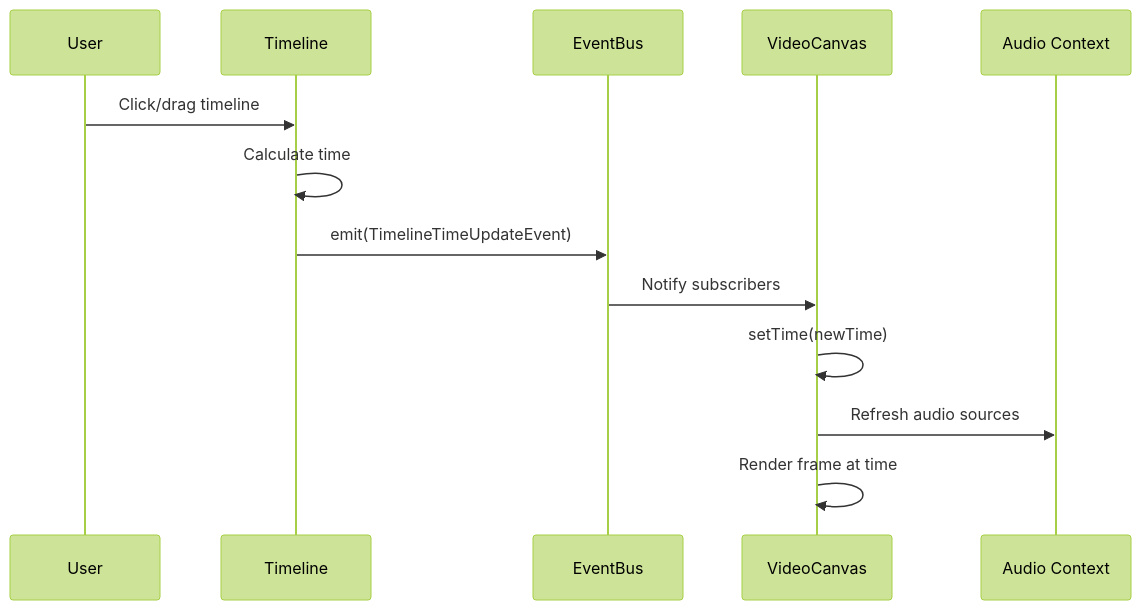
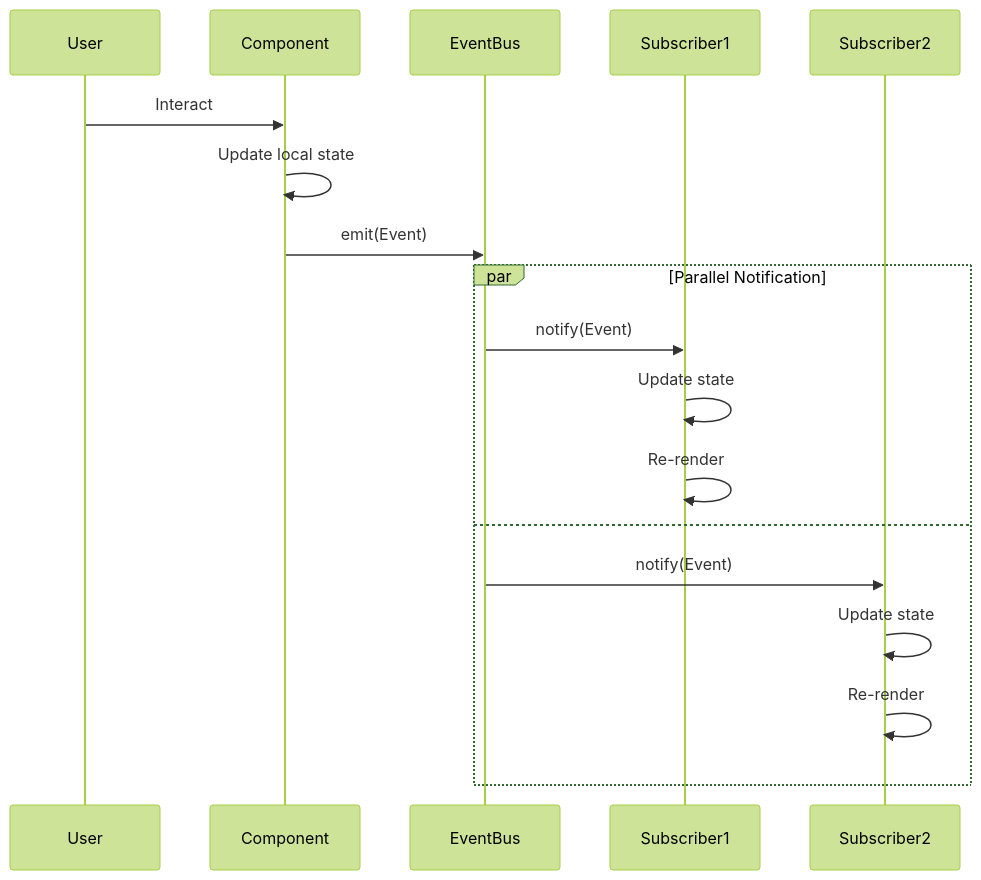
Before and after one commit to apssouza22/web-video-edit: the first of 3 diagrams in docs/architecture/03-event-system.md, drawn with Mermaid (forest theme). The commit also changed other lines of this file and 10 other files, not shown here.

Commit message:
Update architecture diagrams

````diff
--- a/docs/architecture/03-event-system.md
+++ b/docs/architecture/03-event-system.md
@@ -346,16 +244,22 @@
 ```mermaid
 sequenceDiagram
     participant User
-    participant Timeline
+    participant Component
     participant EventBus
-    participant Player as VideoCanvas
-    participant Audio as Audio Context
+    participant Subscriber1
+    participant Subscriber2
 
-    User->>Timeline: Click/drag timeline
-    Timeline->>Timeline: Calculate time
-    Timeline->>EventBus: emit(TimelineTimeUpdateEvent)
-    EventBus->>Player: Notify subscribers
-    Player->>Player: setTime(newTime)
-    Player->>Audio: Refresh audio sources
-    Player->>Player: Render frame at time
+    User->>Component: Interact
+    Component->>Component: Update local state
+    Component->>EventBus: emit(Event)
+    
+    par Parallel Notification
+        EventBus->>Subscriber1: notify(Event)
+        Subscriber1->>Subscriber1: Update state
+        Subscriber1->>Subscriber1: Re-render
+    and
+        EventBus->>Subscriber2: notify(Event)
+        Subscriber2->>Subscriber2: Update state
+        Subscriber2->>Subscriber2: Re-render
+    end
 ```
````
